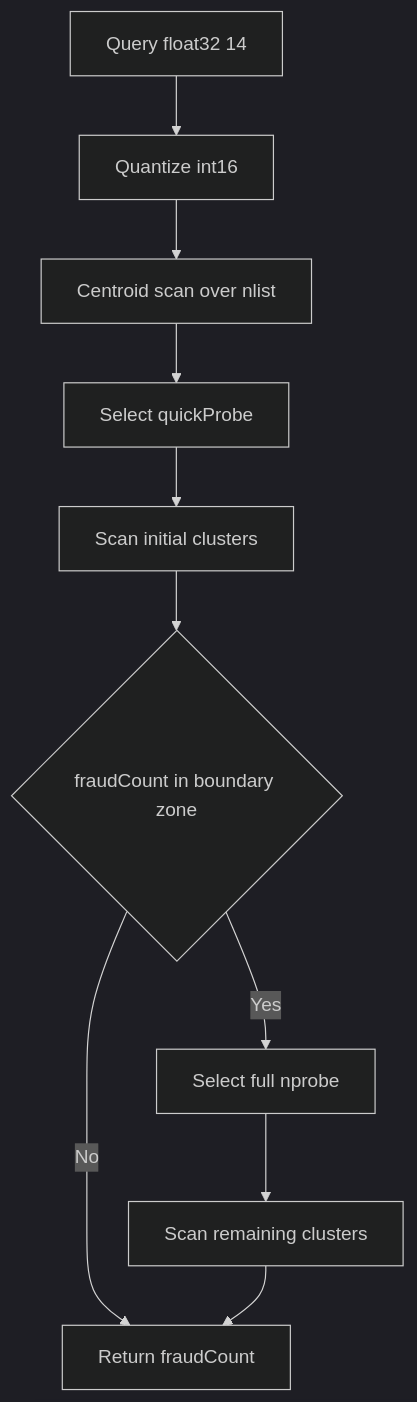
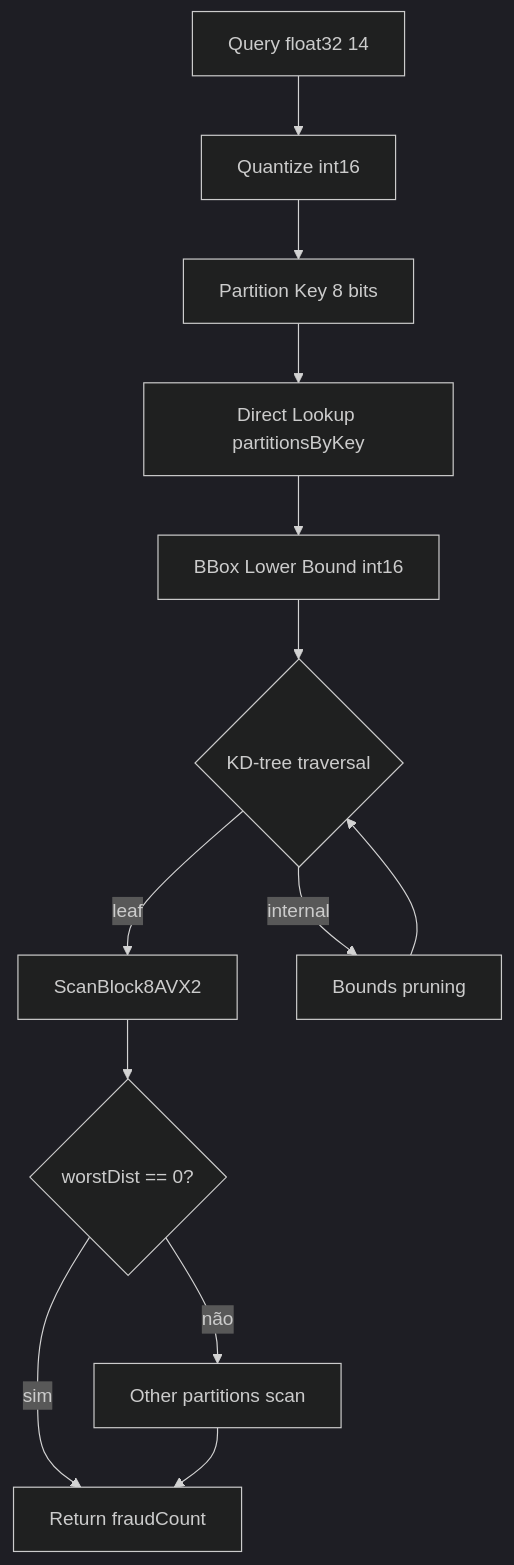
One commit to fabianoflorentino/fraudctl changed the second of 2 diagrams in docs/DETECTION_RULES.md. Above: the diagram before and after it, drawn with Mermaid (dark theme). The commit also changed other lines of this file and 5 other files, not shown here.

````diff
--- a/docs/DETECTION_RULES.md
+++ b/docs/DETECTION_RULES.md
@@ -96,12 +102,15 @@
 ```mermaid
 flowchart TD
     Q[Query float32 14] --> QQ[Quantize int16]
-    QQ --> C[Centroid scan over nlist]
-    C --> P[Select quickProbe]
-    P --> S1[Scan initial clusters]
-    S1 --> B{fraudCount in boundary zone}
-    B -->|No| R[Return fraudCount]
-    B -->|Yes| P2[Select full nprobe]
-    P2 --> S2[Scan remaining clusters]
-    S2 --> R
+    QQ --> PK[Partition Key 8 bits]
+    PK --> PL[Direct Lookup partitionsByKey]
+    PL --> BB[BBox Lower Bound int16]
+    BB --> KD{KD-tree traversal}
+    KD -->|leaf| AVX[ScanBlock8AVX2]
+    KD -->|internal| BP[Bounds pruning]
+    AVX --> WD{worstDist == 0?}
+    WD -->|sim| RET[Return fraudCount]
+    WD -->|não| OP[Other partitions scan]
+    BP --> KD
+    OP --> RET
 ```
````
